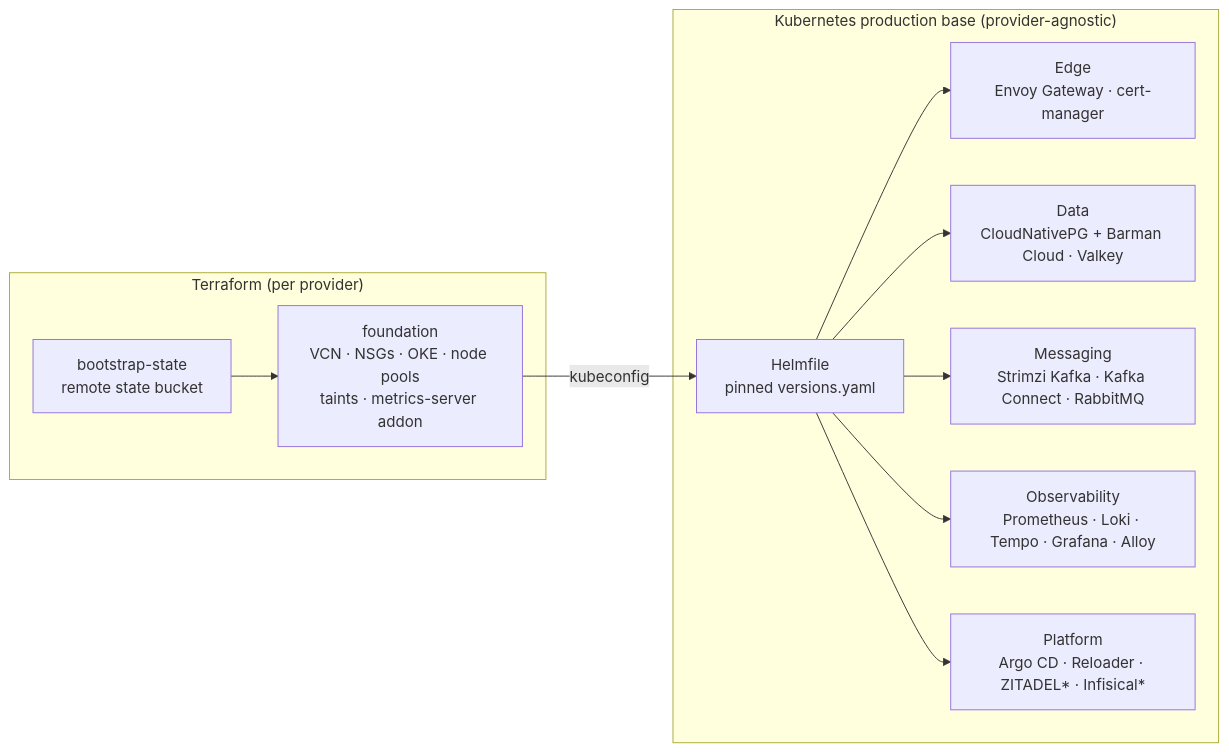
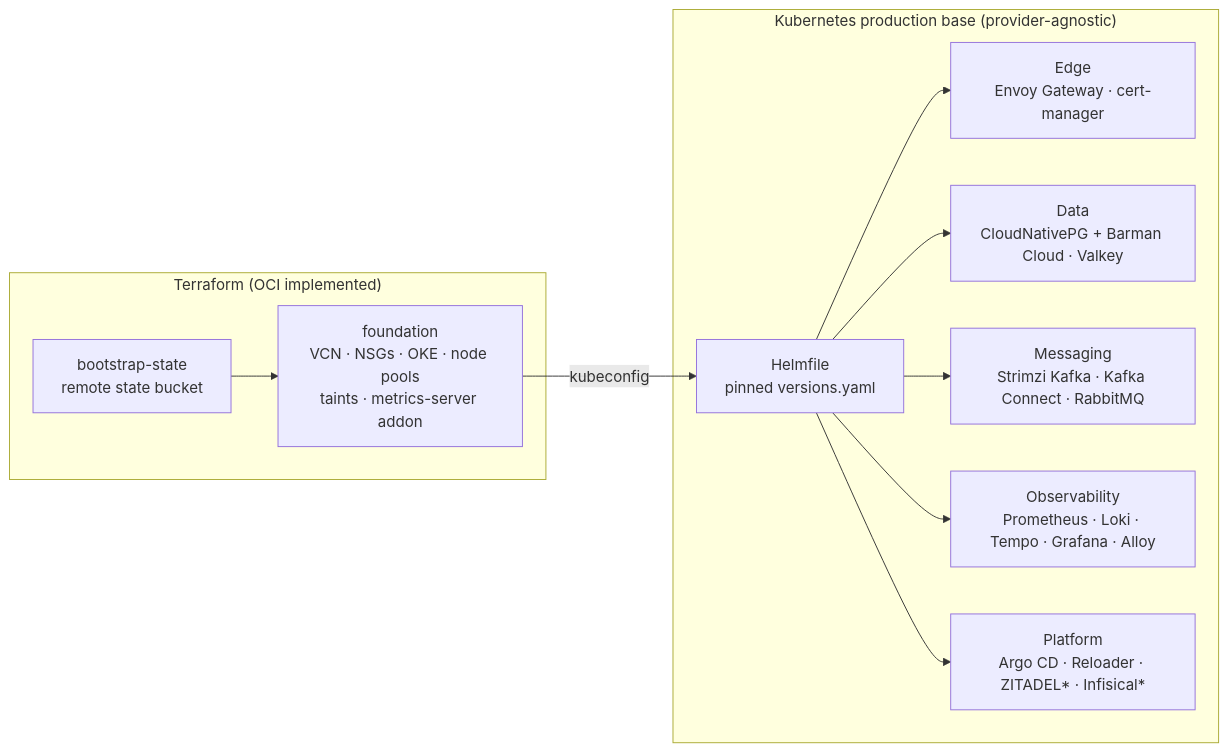
Before and after one commit to pyahu/open-cluster-foundation: the diagram in README.md, drawn with Mermaid. The commit also changed other lines of this file and 21 other files, not shown here.

Commit message:
define Terraform provider contract

````diff
--- a/README.md
+++ b/README.md
@@ -23,14 +24,14 @@
 ```mermaid
 flowchart LR
-  subgraph tf ["Terraform (per provider)"]
+  subgraph tf ["Terraform (OCI implemented)"]
     A["bootstrap-state<br/>remote state bucket"] --> B["foundation<br/>VCN · NSGs · OKE · node pools<br/>taints · metrics-server addon"]
   end
   B -- kubeconfig --> C["Helmfile<br/>pinned versions.yaml"]
   subgraph base ["Kubernetes production base (provider-agnostic)"]
     C --> D["Edge<br/>Envoy Gateway · cert-manager"]
     C --> E["Data<br/>CloudNativePG + Barman Cloud · Valkey"]
     C --> F["Messaging<br/>Strimzi Kafka · Kafka Connect · RabbitMQ"]
     C --> G["Observability<br/>Prometheus · Loki · Tempo · Grafana · Alloy"]
     C --> H["Platform<br/>Argo CD · Reloader · ZITADEL* · Infisical*"]
   end
 ```
````
